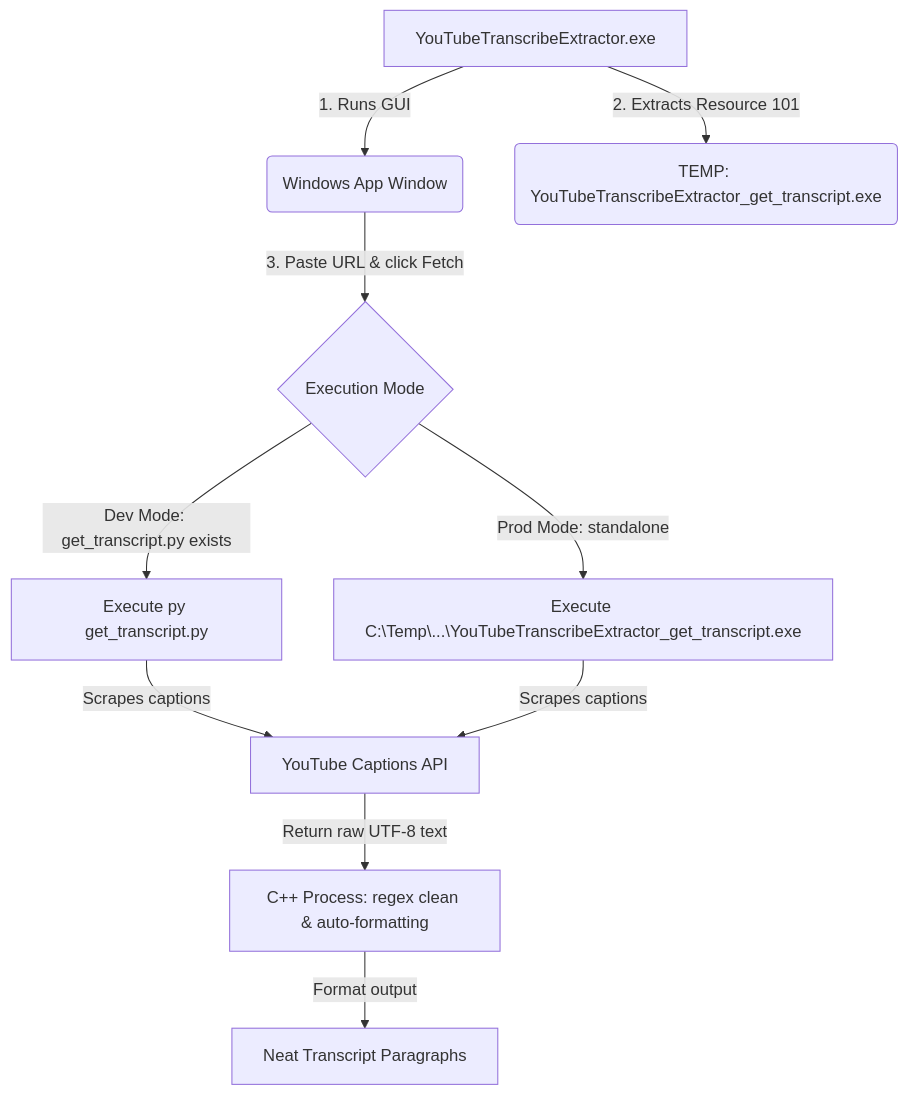
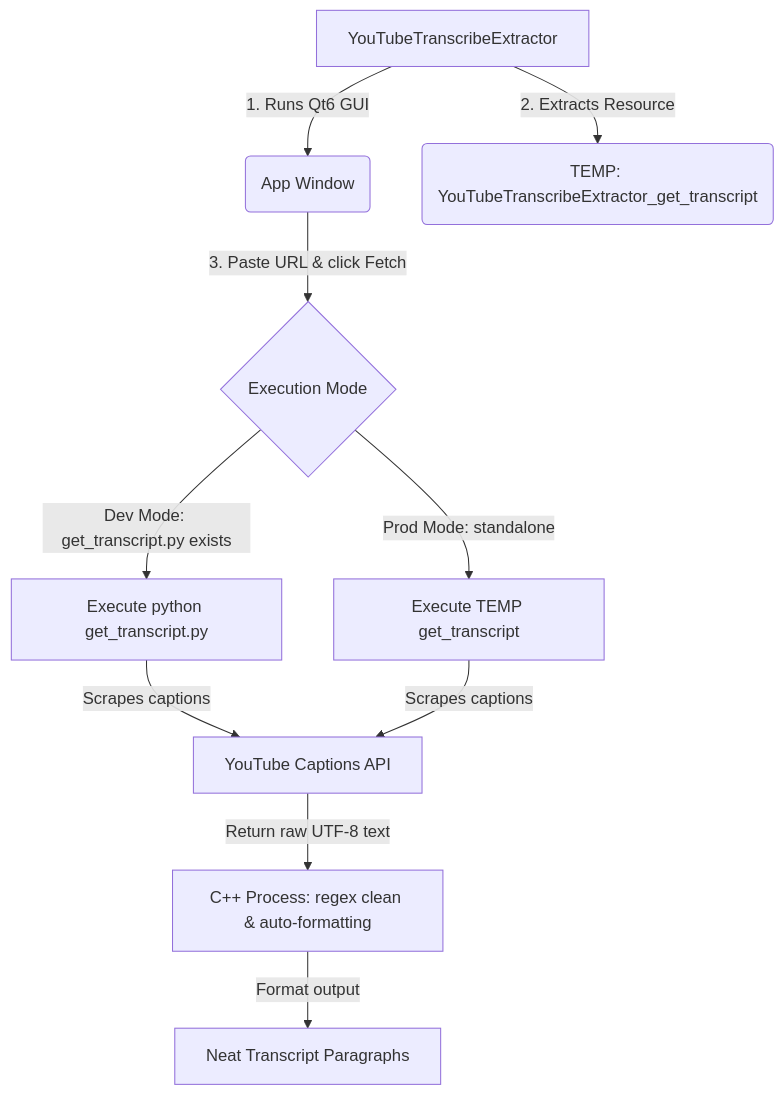
Before and after one commit to MrJSA/YouTubeTranscribeExtractor: the diagram in README.md, drawn with Mermaid. The commit also changed other lines of this file and 6 other files, not shown here.

````diff
--- a/README.md
+++ b/README.md
@@ -29,12 +40,12 @@
 ```mermaid
 graph TD
-    A[YouTubeTranscribeExtractor.exe] -->|1. Runs GUI| B(Windows App Window)
-    A -->|2. Extracts Resource 101| C(TEMP: YouTubeTranscribeExtractor_get_transcript.exe)
+    A[YouTubeTranscribeExtractor] -->|1. Runs Qt6 GUI| B(App Window)
+    A -->|2. Extracts Resource| C(TEMP: YouTubeTranscribeExtractor_get_transcript)
     B -->|3. Paste URL & click Fetch| D{Execution Mode}
-    D -->|Dev Mode: get_transcript.py exists| E[Execute py get_transcript.py]
-    D -->|Prod Mode: standalone| F[Execute C:\Temp\...\YouTubeTranscribeExtractor_get_transcript.exe]
+    D -->|Dev Mode: get_transcript.py exists| E[Execute python get_transcript.py]
+    D -->|Prod Mode: standalone| F[Execute TEMP get_transcript]
     E -->|Scrapes captions| G[YouTube Captions API]
     F -->|Scrapes captions| G
     G -->|Return raw UTF-8 text| H[C++ Process: regex clean & auto-formatting]
     H -->|Format output| I[Neat Transcript Paragraphs]
 ```
````
